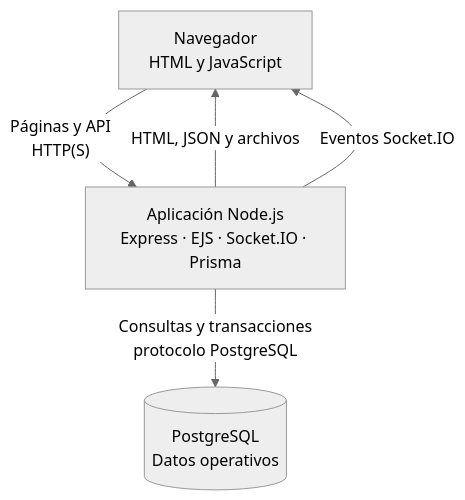
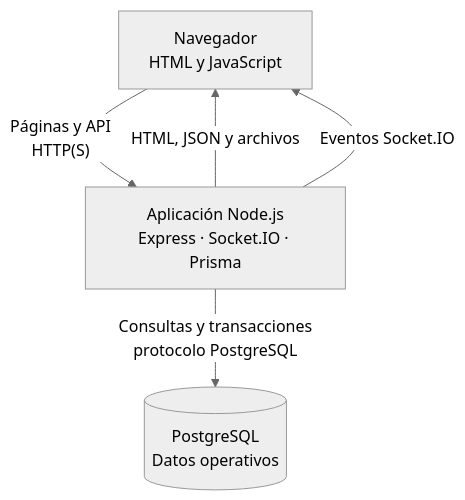
The second of 5 diagrams in back/docs/architecture/views/physical/01-system-runtime-and-deployment.md (gpgsistemas01/nexus), drawn with Mermaid (neutral theme) before and after one commit. The commit also changed other lines of this file and 956 other files, not shown here.

````diff
--- a/back/docs/architecture/views/physical/01-system-runtime-and-deployment.md
+++ b/back/docs/architecture/views/physical/01-system-runtime-and-deployment.md
@@ -52,10 +52,10 @@
 ```mermaid
 flowchart TB
     browser["Navegador<br/>HTML y JavaScript"]
-    application["Aplicación Node.js<br/>Express · EJS · Socket.IO · Prisma"]
+    application["Aplicación Node.js<br/>Express · Socket.IO · Prisma"]
     database[("PostgreSQL<br/>Datos operativos")]
     browser -->|"Páginas y API<br/>HTTP(S)"| application
     application -->|"HTML, JSON y archivos"| browser
     application -->|"Eventos Socket.IO"| browser
     application -->|"Consultas y transacciones<br/>protocolo PostgreSQL"| database
 ```
````
